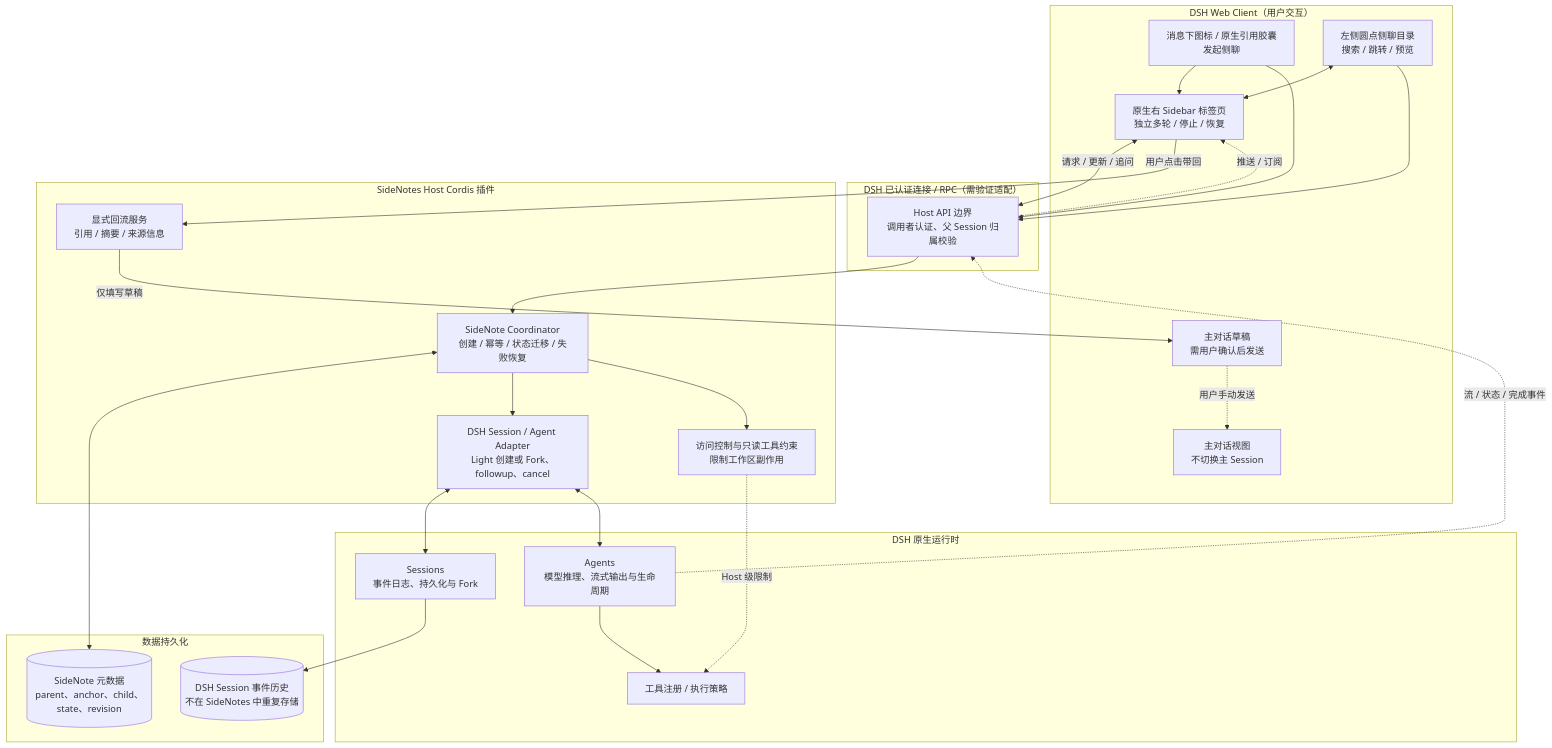
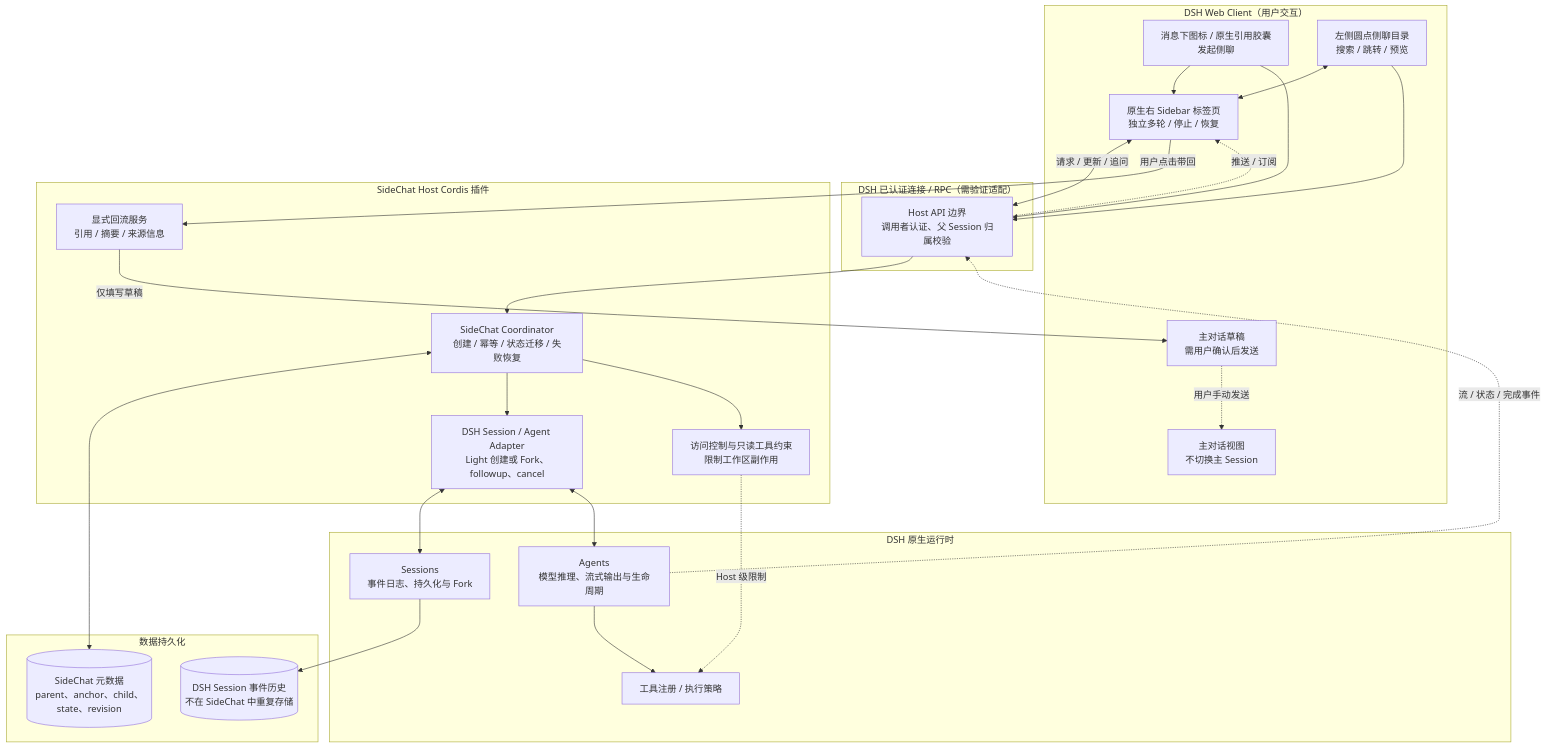
Before and after one commit to NoName4Me/dsh-sidenotes: the first of 4 diagrams in docs/design.md, drawn with Mermaid. The commit also changed other lines of this file and 48 other files, not shown here.

````diff
--- a/docs/design.md
+++ b/docs/design.md
@@ -98,53 +98,53 @@
 ```mermaid
 flowchart TB
   subgraph WEB["DSH Web Client（用户交互）"]
     MAIN["主对话视图<br/>不切换主 Session"]
     ENTRY["消息下图标 / 原生引用胶囊<br/>发起侧聊"]
     RAIL["左侧圆点侧聊目录<br/>搜索 / 跳转 / 预览"]
     PANEL["原生右 Sidebar 标签页<br/>独立多轮 / 停止 / 恢复"]
     DRAFT["主对话草稿<br/>需用户确认后发送"]
     ENTRY --> PANEL
     RAIL <--> PANEL
   end
 
   subgraph TRANSPORT["DSH 已认证连接 / RPC（需验证适配）"]
     GATE["Host API 边界<br/>调用者认证、父 Session 归属校验"]
   end
 
-  subgraph HOST["SideNotes Host Cordis 插件"]
-    CMD["SideNote Coordinator<br/>创建 / 幂等 / 状态迁移 / 失败恢复"]
+  subgraph HOST["SideChat Host Cordis 插件"]
+    CMD["SideChat Coordinator<br/>创建 / 幂等 / 状态迁移 / 失败恢复"]
     ACCESS["访问控制与只读工具约束<br/>限制工作区副作用"]
     ADAPTER["DSH Session / Agent Adapter<br/>Light 创建或 Fork、followup、cancel"]
     RETURN["显式回流服务<br/>引用 / 摘要 / 来源信息"]
   end
 
   subgraph DSH["DSH 原生运行时"]
     SESS["Sessions<br/>事件日志、持久化与 Fork"]
     AGENT["Agents<br/>模型推理、流式输出与生命周期"]
     POLICY["工具注册 / 执行策略"]
   end
 
   subgraph STORE["数据持久化"]
-    META[("SideNote 元数据<br/>parent、anchor、child、state、revision")]
-    EVENTS[("DSH Session 事件历史<br/>不在 SideNotes 中重复存储")]
+    META[("SideChat 元数据<br/>parent、anchor、child、state、revision")]
+    EVENTS[("DSH Session 事件历史<br/>不在 SideChat 中重复存储")]
   end
 
   ENTRY --> GATE
   RAIL --> GATE
   PANEL <-->|"请求 / 更新 / 追问"| GATE
   GATE --> CMD
   CMD <--> META
   CMD --> ADAPTER
   CMD --> ACCESS
   ADAPTER <--> SESS
   ADAPTER <--> AGENT
   AGENT --> POLICY
   ACCESS -. "Host 级限制" .-> POLICY
   SESS --> EVENTS
   AGENT -. "流 / 状态 / 完成事件" .-> GATE
   GATE -. "推送 / 订阅" .-> PANEL
 
   PANEL -->|"用户点击带回"| RETURN
   RETURN -->|"仅填写草稿"| DRAFT
   DRAFT -. "用户手动发送" .-> MAIN
 ```
````
